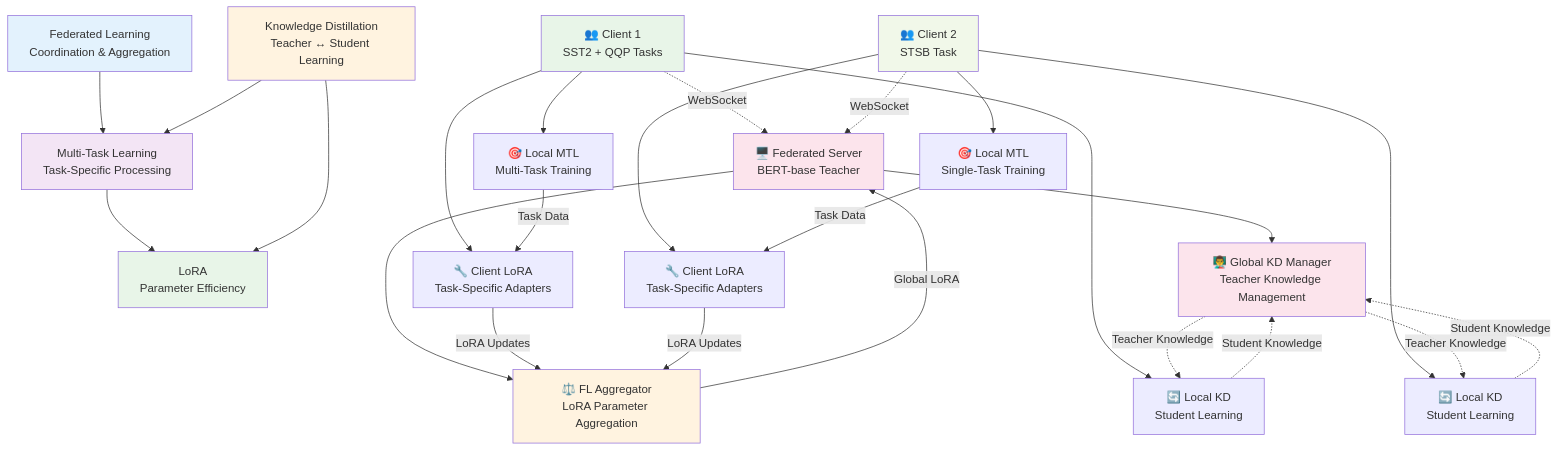
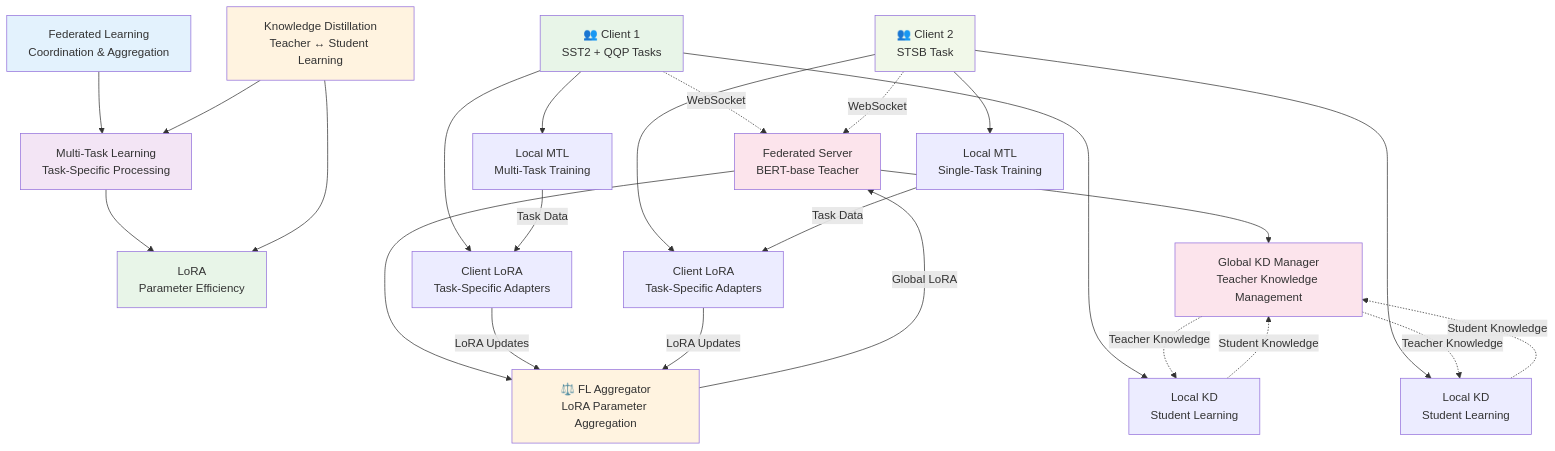
The first of 5 diagrams in FedBERT-LoRA/FEDERATED_MTL_INTEGRATION_MAP.md (vinh1988/RT-FedMTL), drawn with Mermaid before and after one commit. The commit also changed other lines of this file and 31 other files, not shown here.

````diff
--- a/FedBERT-LoRA/FEDERATED_MTL_INTEGRATION_MAP.md
+++ b/FedBERT-LoRA/FEDERATED_MTL_INTEGRATION_MAP.md
@@ -8,51 +8,51 @@
 ```mermaid
 graph TB
     %% Core Components
     FL[Federated Learning<br/>Coordination & Aggregation] --> MTL[Multi-Task Learning<br/>Task-Specific Processing]
     MTL --> LoRA[LoRA<br/>Parameter Efficiency]
     KD[Knowledge Distillation<br/>Teacher ↔ Student Learning] --> LoRA
     KD --> MTL
     
     %% Server Components
-    Server[🖥️ Federated Server<br/>BERT-base Teacher] --> FLAgg[⚖️ FL Aggregator<br/>LoRA Parameter Aggregation]
-    Server --> KDGlobal[👨‍🏫 Global KD Manager<br/>Teacher Knowledge Management]
+    Server[ Federated Server<br/>BERT-base Teacher] --> FLAgg[⚖️ FL Aggregator<br/>LoRA Parameter Aggregation]
+    Server --> KDGlobal[ Global KD Manager<br/>Teacher Knowledge Management]
     
     %% Client Components
-    Client1[👥 Client 1<br/>SST2 + QQP Tasks] --> LoRA1[🔧 Client LoRA<br/>Task-Specific Adapters]
-    Client1 --> LocalKD1[🔄 Local KD<br/>Student Learning]
-    Client1 --> LocalMTL1[🎯 Local MTL<br/>Multi-Task Training]
+    Client1[👥 Client 1<br/>SST2 + QQP Tasks] --> LoRA1[ Client LoRA<br/>Task-Specific Adapters]
+    Client1 --> LocalKD1[ Local KD<br/>Student Learning]
+    Client1 --> LocalMTL1[ Local MTL<br/>Multi-Task Training]
     
-    Client2[👥 Client 2<br/>STSB Task] --> LoRA2[🔧 Client LoRA<br/>Task-Specific Adapters]
-    Client2 --> LocalKD2[🔄 Local KD<br/>Student Learning]
-    Client2 --> LocalMTL2[🎯 Local MTL<br/>Single-Task Training]
+    Client2[👥 Client 2<br/>STSB Task] --> LoRA2[ Client LoRA<br/>Task-Specific Adapters]
+    Client2 --> LocalKD2[ Local KD<br/>Student Learning]
+    Client2 --> LocalMTL2[ Local MTL<br/>Single-Task Training]
     
     %% Knowledge Flow
     KDGlobal -.->|Teacher Knowledge| LocalKD1
     KDGlobal -.->|Teacher Knowledge| LocalKD2
     LocalKD1 -.->|Student Knowledge| KDGlobal
     LocalKD2 -.->|Student Knowledge| KDGlobal
     
     %% LoRA Integration
     LoRA1 -->|LoRA Updates| FLAgg
     LoRA2 -->|LoRA Updates| FLAgg
     FLAgg -->|Global LoRA| Server
     
     %% Multi-Task Flow
     LocalMTL1 -->|Task Data| LoRA1
     LocalMTL2 -->|Task Data| LoRA2
     
     %% Communication Layer
     Client1 -.->|WebSocket| Server
     Client2 -.->|WebSocket| Server
     
     %% Styling
     style FL fill:#e3f2fd
     style MTL fill:#f3e5f5
     style LoRA fill:#e8f5e8
     style KD fill:#fff3e0
     style Server fill:#fce4ec
     style Client1 fill:#e8f5e8
     style Client2 fill:#f1f8e9
     style FLAgg fill:#fff3e0
     style KDGlobal fill:#fce4ec
 ```
````
